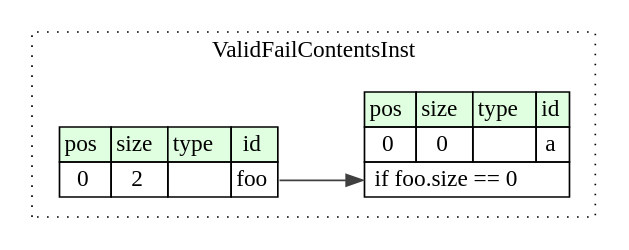
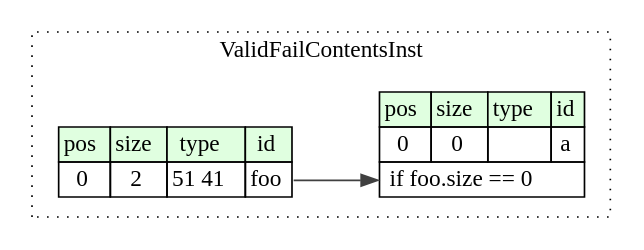
Before and after one commit to kaitai-io/ci_targets: the diagram in compiled/graphviz/valid_fail_contents_inst.dot, drawn with Graphviz. The commit also changed 11 other files, not shown here.

```diff
--- a/compiled/graphviz/valid_fail_contents_inst.dot
+++ b/compiled/graphviz/valid_fail_contents_inst.dot
@@ -1,19 +1,19 @@
 digraph {
 	rankdir=LR;
 	node [shape=plaintext];
 	subgraph cluster__valid_fail_contents_inst {
 		label="ValidFailContentsInst";
 		graph[style=dotted];
 
 		valid_fail_contents_inst__seq [label=<<TABLE BORDER="0" CELLBORDER="1" CELLSPACING="0">
 			<TR><TD BGCOLOR="#E0FFE0">pos</TD><TD BGCOLOR="#E0FFE0">size</TD><TD BGCOLOR="#E0FFE0">type</TD><TD BGCOLOR="#E0FFE0">id</TD></TR>
 			<TR><TD PORT="a_pos">0</TD><TD PORT="a_size">0</TD><TD></TD><TD PORT="a_type">a</TD></TR>
 			<TR><TD COLSPAN="4" PORT="a__if">if foo.size == 0</TD></TR>
 		</TABLE>>];
 		valid_fail_contents_inst__inst__foo [label=<<TABLE BORDER="0" CELLBORDER="1" CELLSPACING="0">
 			<TR><TD BGCOLOR="#E0FFE0">pos</TD><TD BGCOLOR="#E0FFE0">size</TD><TD BGCOLOR="#E0FFE0">type</TD><TD BGCOLOR="#E0FFE0">id</TD></TR>
-			<TR><TD PORT="foo_pos">0</TD><TD PORT="foo_size">2</TD><TD></TD><TD PORT="foo_type">foo</TD></TR>
+			<TR><TD PORT="foo_pos">0</TD><TD PORT="foo_size">2</TD><TD>51 41</TD><TD PORT="foo_type">foo</TD></TR>
 		</TABLE>>];
 	}
 	valid_fail_contents_inst__inst__foo:foo_type -> valid_fail_contents_inst__seq:a__if [color="#404040"];
 }
```
